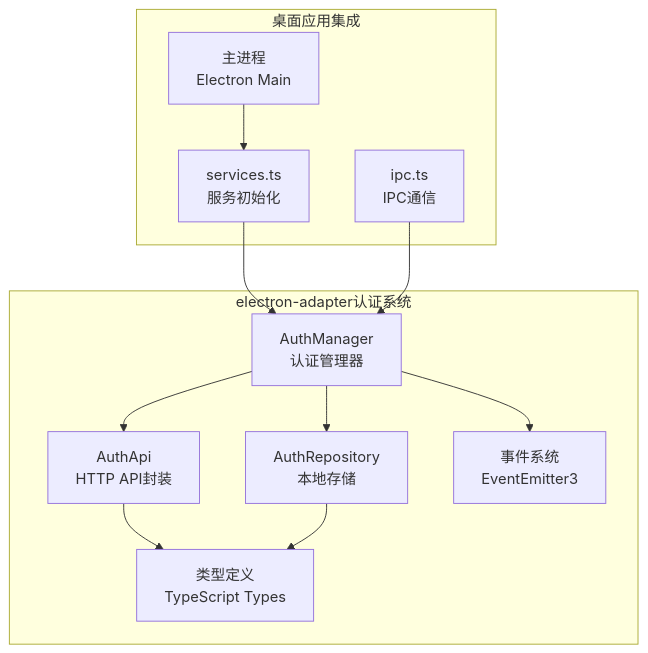
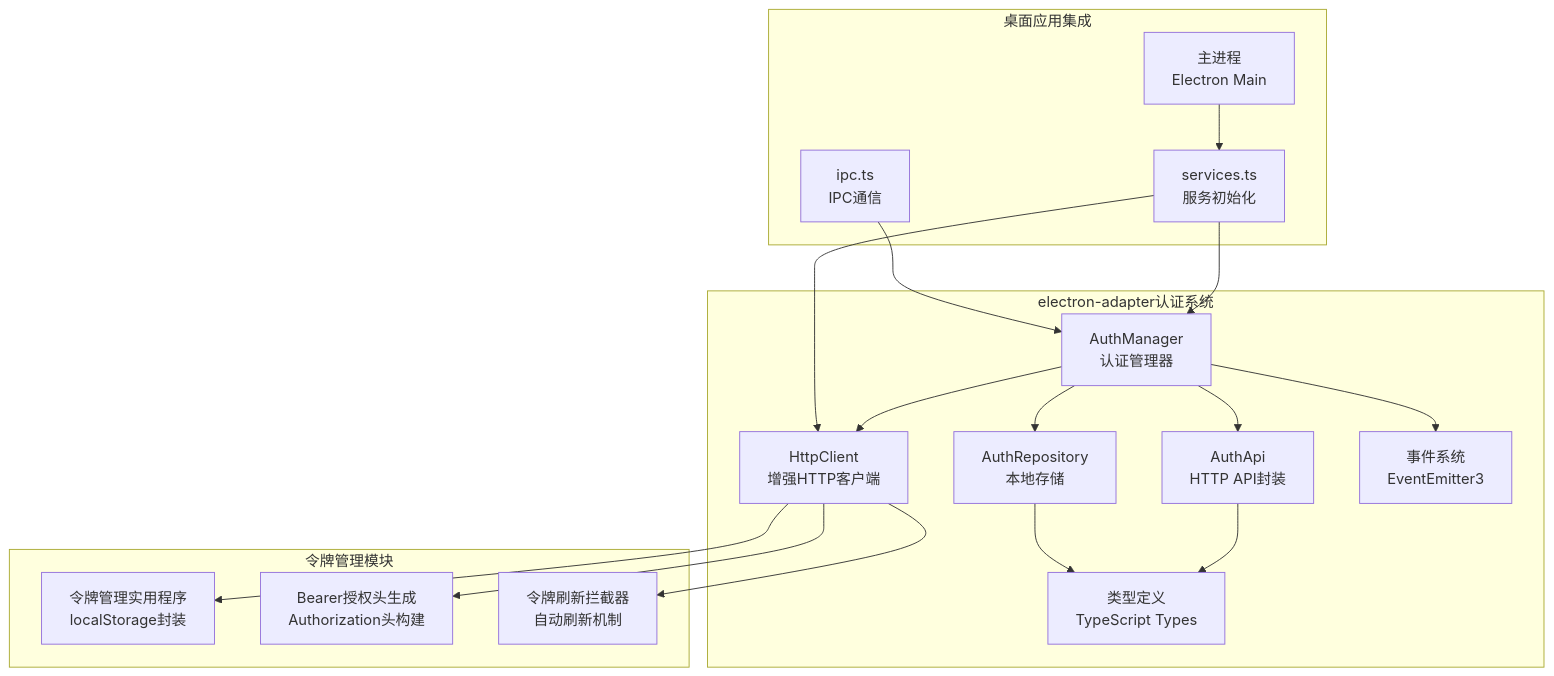
Before and after one commit to LRF0422/Kotion: the first of 6 diagrams in .qoder/repowiki/zh/content/API参考/认证API.md, drawn with Mermaid. The commit also changed other lines of this file and 13 other files, not shown here.

````diff
--- a/.qoder/repowiki/zh/content/API参考/认证API.md
+++ b/.qoder/repowiki/zh/content/API参考/认证API.md
@@ -60,23 +68,34 @@
 ```mermaid
 graph TB
 subgraph "electron-adapter认证系统"
 A["AuthManager<br/>认证管理器"]
 B["AuthApi<br/>HTTP API封装"]
 C["AuthRepository<br/>本地存储"]
-D["事件系统<br/>EventEmitter3"]
-E["类型定义<br/>TypeScript Types"]
+D["HttpClient<br/>增强HTTP客户端"]
+E["事件系统<br/>EventEmitter3"]
+F["类型定义<br/>TypeScript Types"]
+end
+subgraph "令牌管理模块"
+G["令牌管理实用程序<br/>localStorage封装"]
+H["Bearer授权头生成<br/>Authorization头构建"]
+I["令牌刷新拦截器<br/>自动刷新机制"]
 end
 subgraph "桌面应用集成"
-F["services.ts<br/>服务初始化"]
-G["ipc.ts<br/>IPC通信"]
-H["主进程<br/>Electron Main"]
+J["services.ts<br/>服务初始化"]
+K["ipc.ts<br/>IPC通信"]
+L["主进程<br/>Electron Main"]
 end
 A --> B
 A --> C
 A --> D
-B --> E
-C --> E
-F --> A
-G --> A
-H --> F
+A --> E
+B --> F
+C --> F
+D --> G
+D --> H
+D --> I
+J --> A
+J --> D
+K --> A
+L --> J
 ```
````
